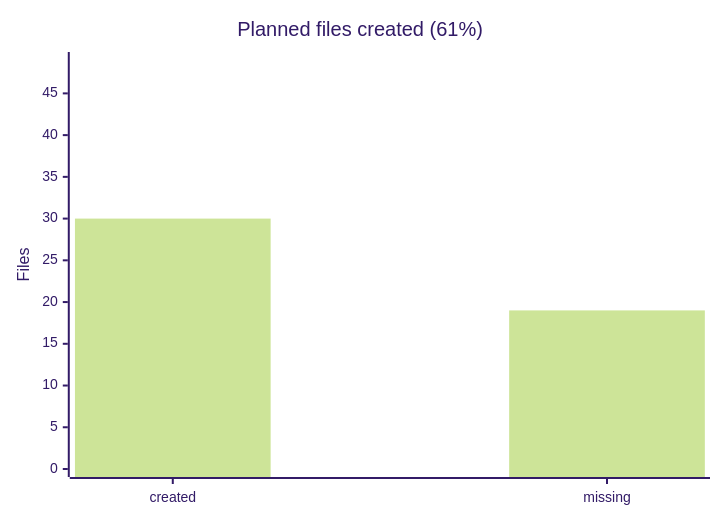
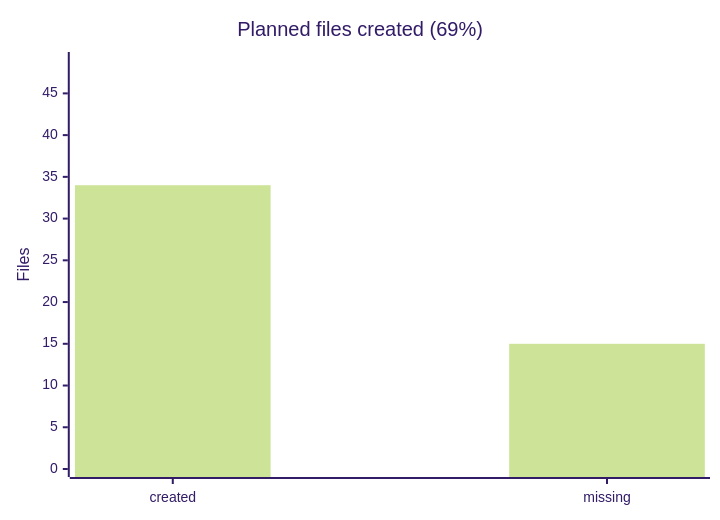
The diagram in docs/generated/modularization-progress.md (Mohammed-Alama/php-arazzo), drawn with Mermaid (forest theme) before and after one commit. The commit also changed other lines of this file and 31 other files, not shown here.

````diff
--- a/docs/generated/modularization-progress.md
+++ b/docs/generated/modularization-progress.md
@@ -15,7 +15,7 @@
 ```mermaid
 xychart-beta
-    title "Planned files created (61%)"
+    title "Planned files created (69%)"
     x-axis ["created", "missing"]
     y-axis "Files" 0 --> 49
-    bar [30, 19]
+    bar [34, 15]
 ```
````
